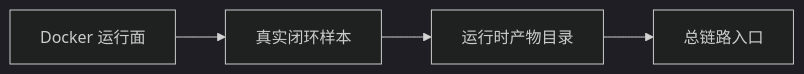
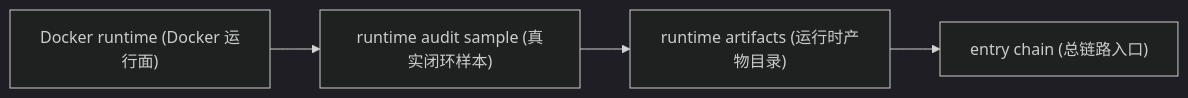
Before and after one commit to xilufeisaigao/AgentX: the diagram in .codex/skills/agentx-module-teacher/SKILL.md, drawn with Mermaid (dark theme). The commit also changed other lines of this file and 3 other files, not shown here.

````diff
--- a/.codex/skills/agentx-module-teacher/SKILL.md
+++ b/.codex/skills/agentx-module-teacher/SKILL.md
@@ -156,6 +182,6 @@
 ```mermaid
 graph LR
-  docker["Docker 运行面"] --> audit["真实闭环样本"]
-  audit["真实闭环样本"] --> artifacts["运行时产物目录"]
-  artifacts["运行时产物目录"] --> chain["总链路入口"]
+  docker["Docker runtime (Docker 运行面)"] --> audit["runtime audit sample (真实闭环样本)"]
+  audit["runtime audit sample (真实闭环样本)"] --> artifacts["runtime artifacts (运行时产物目录)"]
+  artifacts["runtime artifacts (运行时产物目录)"] --> chain["entry chain (总链路入口)"]
 ```
````
